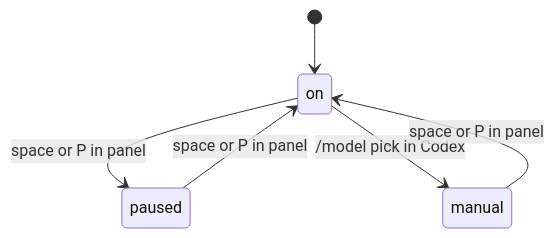
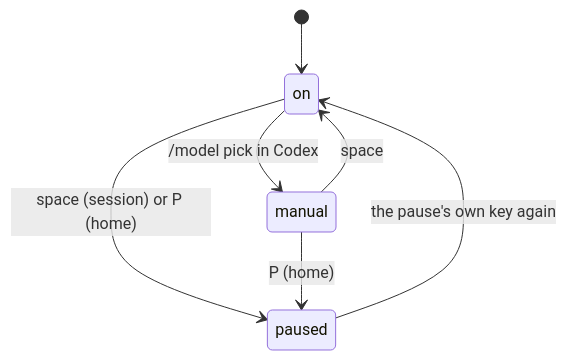
The seventh of 9 diagrams in docs/architecture.md (alexei-led/codex-router), drawn with Mermaid before and after one commit. The commit also changed other lines of this file and 5 other files, not shown here.

First line of the commit message:
docs: align architecture, guide and config reference with the code

````diff
--- a/docs/architecture.md
+++ b/docs/architecture.md
@@ -235,8 +242,9 @@
 ```mermaid
 stateDiagram-v2
   [*] --> on
-  on --> paused: space or P in panel
-  paused --> on: space or P in panel
+  on --> paused: space (session) or P (home)
+  paused --> on: the pause's own key again
   on --> manual: /model pick in Codex
-  manual --> on: space or P in panel
+  manual --> on: space
+  manual --> paused: P (home)
 ```
````
